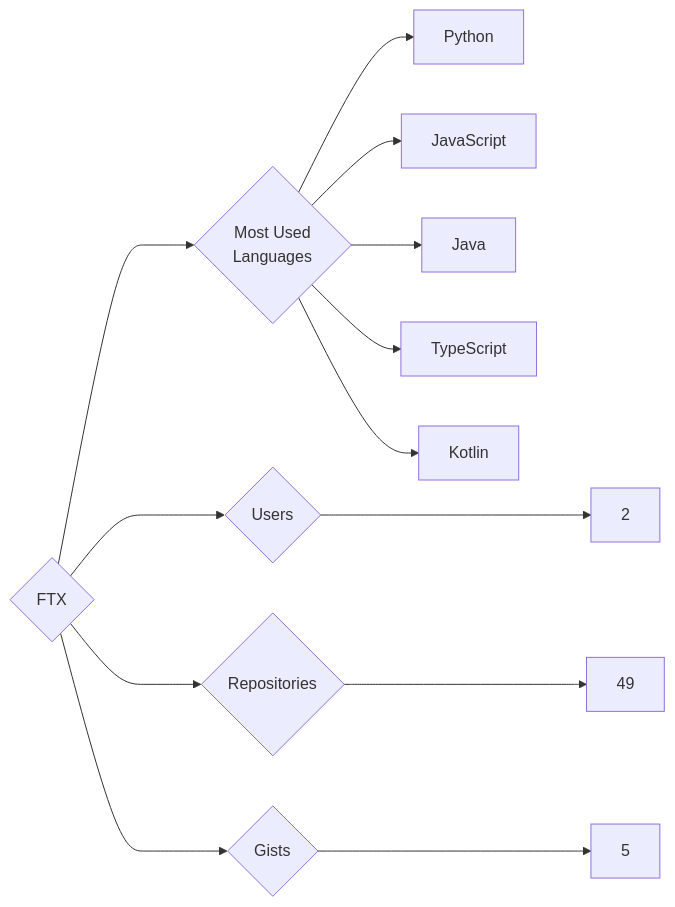
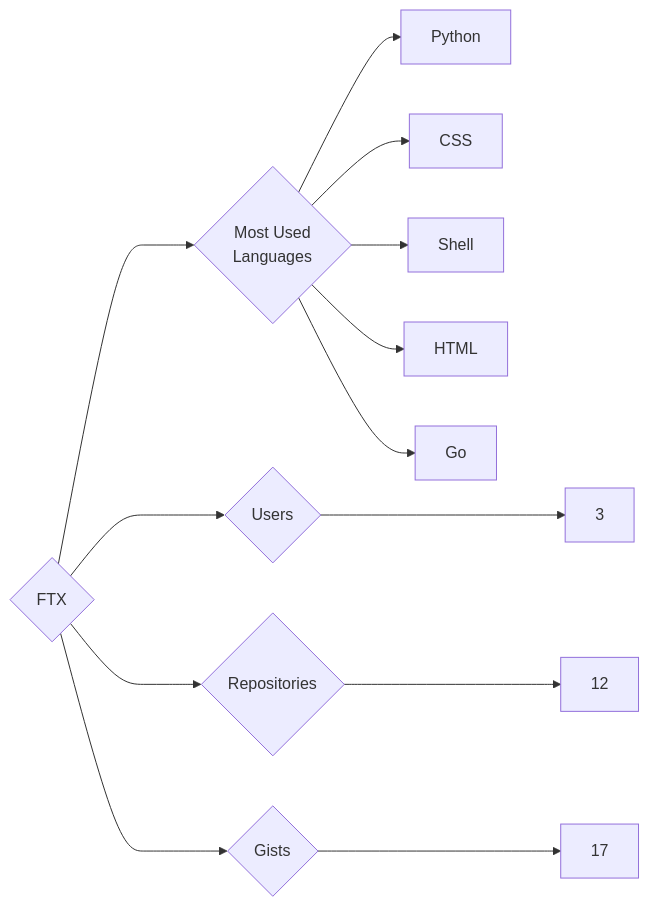
The diagram in targets/FTX/README.md (trickest/insiders), drawn with Mermaid before and after one commit. The commit also changed 1030 other files, not shown here.

````diff
--- a/targets/FTX/README.md
+++ b/targets/FTX/README.md
@@ -3,13 +3,13 @@
 ```mermaid
 graph LR
 COMPANY_NAME{FTX}
-COMPANY_NAME ---> U{Users} ---> UN[2]
-COMPANY_NAME ---> R{Repositories} ---> RN[49]
-COMPANY_NAME ---> G{Gists} ---> GN[5]
+COMPANY_NAME ---> U{Users} ---> UN[3]
+COMPANY_NAME ---> R{Repositories} ---> RN[12]
+COMPANY_NAME ---> G{Gists} ---> GN[17]
 COMPANY_NAME ---> ML{Most Used<br>Languages}
 ML --> Python[Python]
-ML --> JavaScript[JavaScript]
-ML --> Java[Java]
-ML --> TypeScript[TypeScript]
-ML --> Kotlin[Kotlin]
+ML --> CSS[CSS]
+ML --> Shell[Shell]
+ML --> HTML[HTML]
+ML --> Go[Go]
 ```
````
